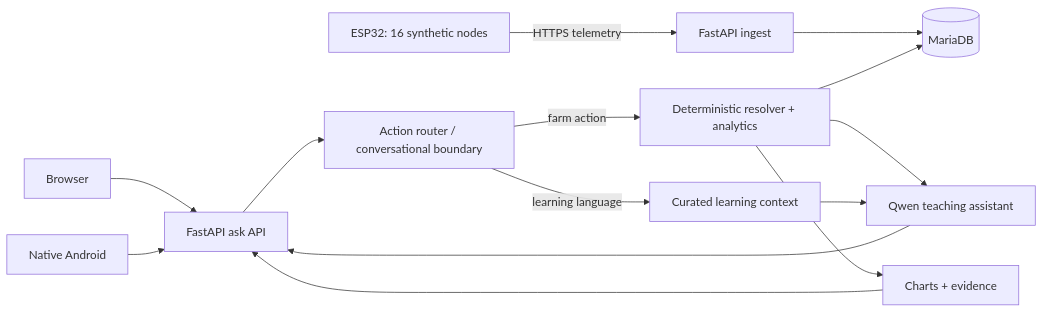
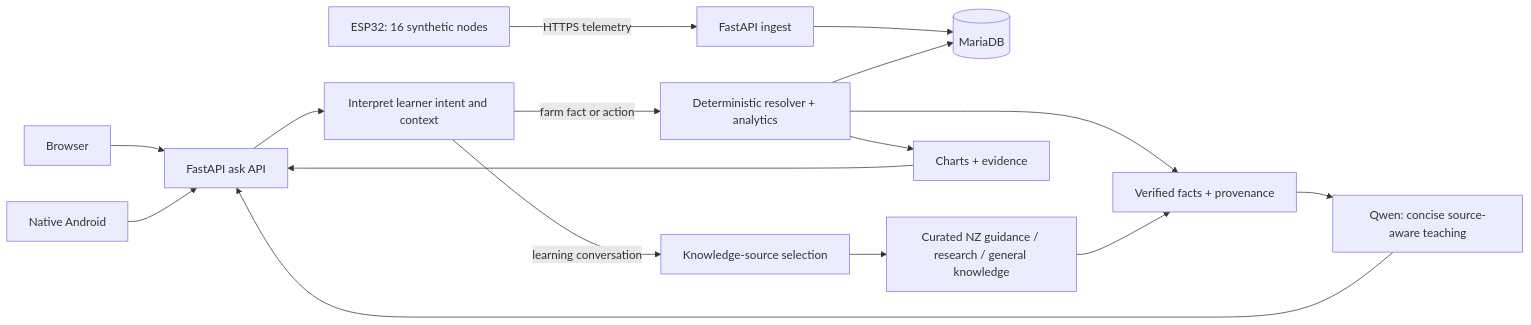
Before and after one commit to w0rmy/farmpi: the diagram in docs/diagrams/system-architecture.mmd, drawn with Mermaid. The commit also changed 22 other files, not shown here.

```diff
--- a/docs/diagrams/system-architecture.mmd
+++ b/docs/diagrams/system-architecture.mmd
@@ -1,14 +1,16 @@
 flowchart LR
   E[ESP32: 16 synthetic nodes] -->|HTTPS telemetry| I[FastAPI ingest]
   I --> D[(MariaDB)]
   W[Browser] --> A[FastAPI ask API]
   N[Native Android] --> A
-  A --> R[Action router / conversational boundary]
-  R -->|farm action| X[Deterministic resolver + analytics]
-  R -->|learning language| L[Curated learning context]
+  A --> R[Interpret learner intent and context]
+  R -->|farm fact or action| X[Deterministic resolver + analytics]
+  R -->|learning conversation| L[Knowledge-source selection]
   X --> D
-  X --> Q[Qwen teaching assistant]
-  L --> Q
+  L --> S[Curated NZ guidance / research / general knowledge]
+  X --> P[Verified facts + provenance]
+  S --> P
+  P --> Q[Qwen: concise source-aware teaching]
   X --> G[Charts + evidence]
   Q --> A
   G --> A
```
